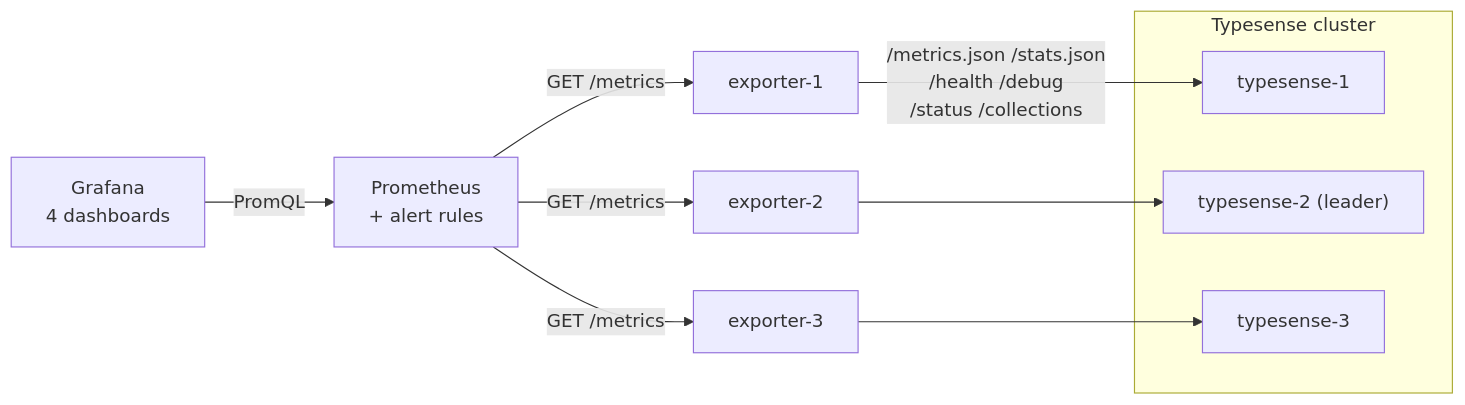
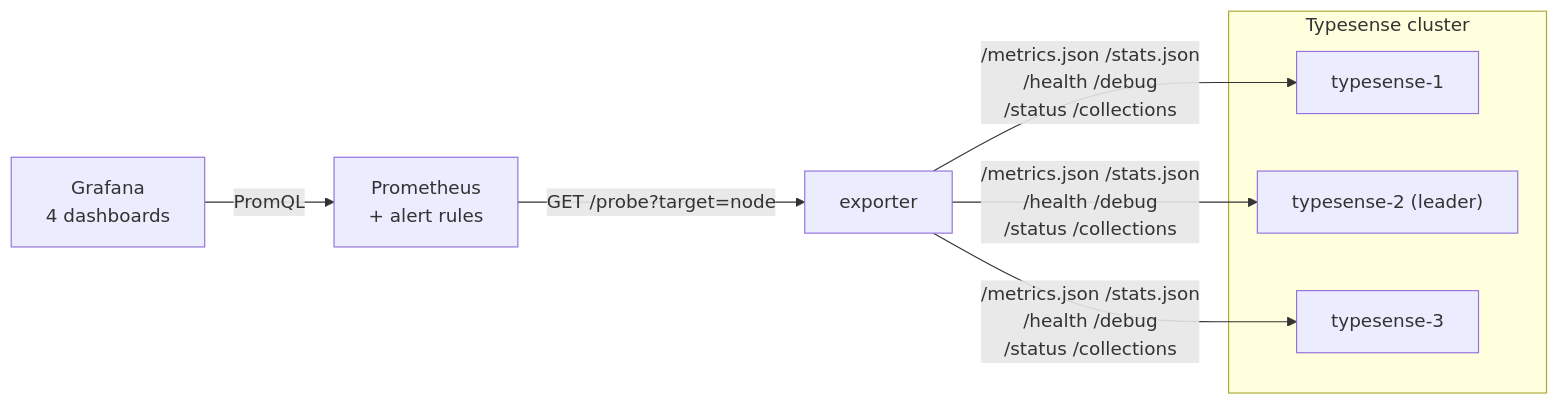
The first of 3 diagrams in docs/architecture.md (imatefx/typesense-prometheus-exporter), drawn with Mermaid before and after one commit. The commit also changed other lines of this file and 19 other files, not shown here.

Commit message:
feat: multi-target /probe endpoint with allow list; release 1.1.0

````diff
--- a/docs/architecture.md
+++ b/docs/architecture.md
@@ -7,13 +7,11 @@
 ```mermaid
 flowchart LR
     subgraph cluster["Typesense cluster"]
         T1["typesense-1"]
         T2["typesense-2 (leader)"]
         T3["typesense-3"]
     end
-    E1["exporter-1"] -->|"/metrics.json /stats.json<br/>/health /debug<br/>/status /collections"| T1
-    E2["exporter-2"] --> T2
-    E3["exporter-3"] --> T3
-    P["Prometheus<br/>+ alert rules"] -->|"GET /metrics"| E1 & E2 & E3
+    E["exporter"] -->|"/metrics.json /stats.json<br/>/health /debug<br/>/status /collections"| T1 & T2 & T3
+    P["Prometheus<br/>+ alert rules"] -->|"GET /probe?target=node"| E
     G["Grafana<br/>4 dashboards"] -->|PromQL| P
 ```
````
